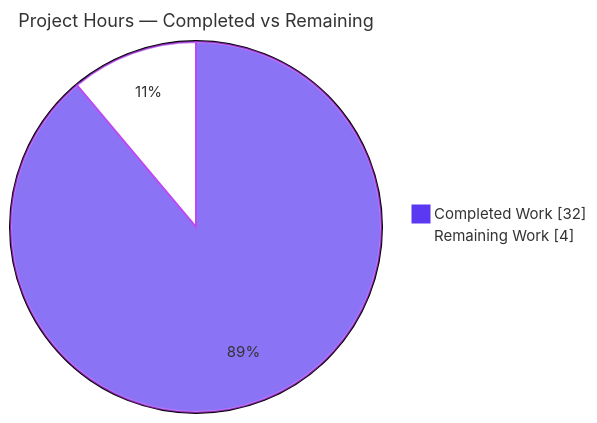
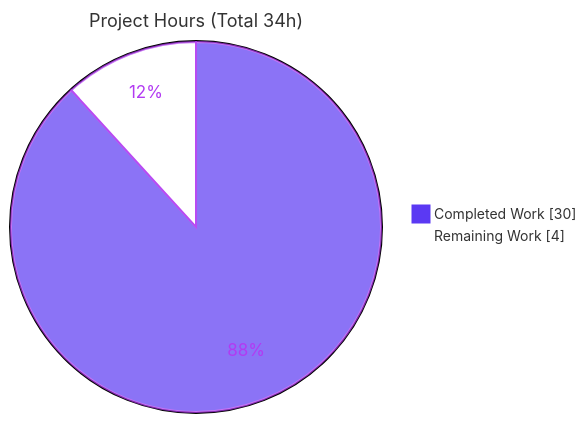
The second of 3 diagrams in blitzy/documentation/Project Guide.md (alex-blitzy-test/hot-stuff), drawn with Mermaid before and after one commit. The commit also changed other lines of this file, not shown here.

Commit message:
Adding Blitzy Project Guide: Project Status and Human Tasks Remaining

````diff
--- a/blitzy/documentation/Project Guide.md
+++ b/blitzy/documentation/Project Guide.md
@@ -210,6 +196,7 @@
 ```mermaid
-%%{init: {'theme':'base', 'themeVariables': {'pie1':'#5B39F3','pie2':'#FFFFFF','pieStrokeColor':'#B23AF2','pieStrokeWidth':'2px','pieOuterStrokeWidth':'2px','pieTitleTextSize':'18px','pieSectionTextSize':'15px','pieLegendTextSize':'15px'}}}%%
-pie showData title Project Hours — Completed vs Remaining
-    "Completed Work" : 32
+%%{init: {'theme':'base', 'themeVariables': {'pie1':'#5B39F3','pie2':'#FFFFFF','pieStrokeColor':'#B23AF2','pieStrokeWidth':'2px','pieOuterStrokeWidth':'2px','pieTitleTextSize':'18px','pieSectionTextColor':'#B23AF2','pieLegendTextSize':'14px'}}}%%
+pie showData
+    title Project Hours (Total 34h)
+    "Completed Work" : 30
     "Remaining Work" : 4
 ```
````
